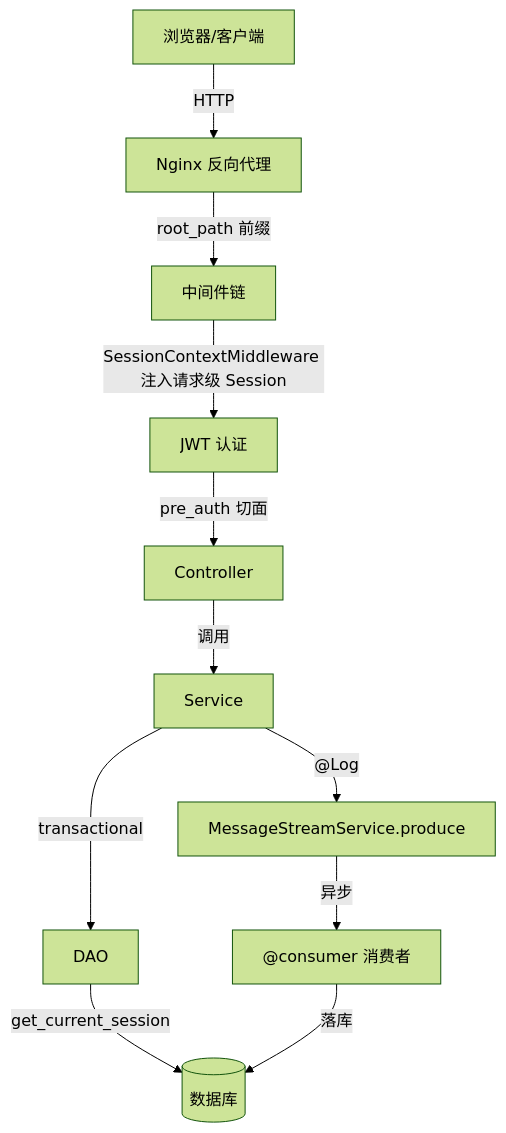
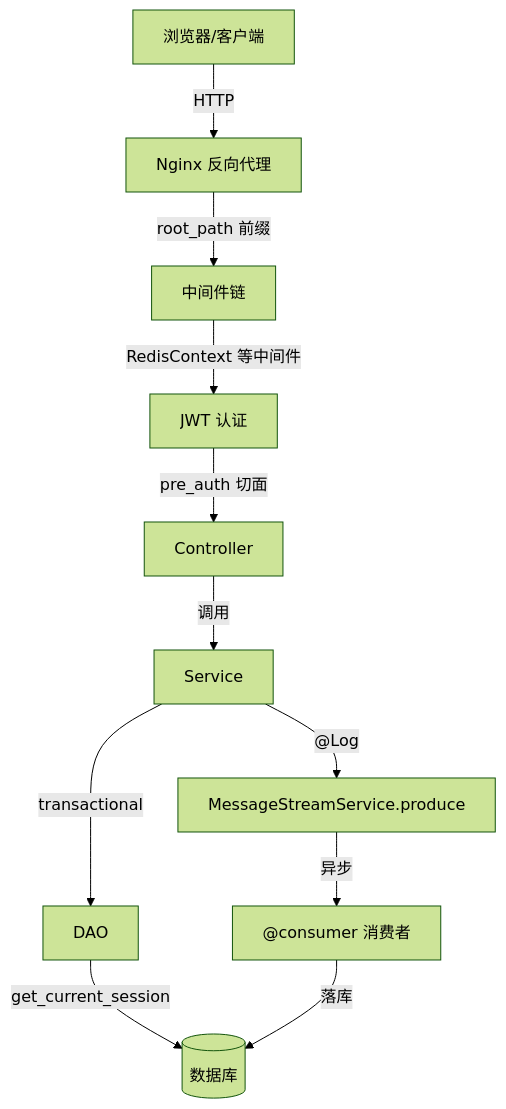
Before and after one commit to jiangwch03/knowledge: the fourth of 4 diagrams in docs/architecture/系统架构总览.md, drawn with Mermaid (forest theme). The commit also changed 75 other files, not shown here.

````diff
--- a/docs/architecture/系统架构总览.md
+++ b/docs/architecture/系统架构总览.md
@@ -98,13 +98,13 @@
 ```mermaid
 graph TB
     Client["浏览器/客户端"] -->|HTTP| NGINX["Nginx 反向代理"]
     NGINX -->|"root_path 前缀"| MW["中间件链"]
-    MW -->|"SessionContextMiddleware 注入请求级 Session"| Auth["JWT 认证"]
+    MW -->|"RedisContext 等中间件"| Auth["JWT 认证"]
     Auth -->|"pre_auth 切面"| CTRL["Controller"]
     CTRL -->|调用| SVC["Service"]
     SVC -->|"transactional"| DAO["DAO"]
     DAO -->|"get_current_session"| DB[("数据库")]
     SVC -->|"@Log"| MQ["MessageStreamService.produce"]
     MQ -->|异步| Consumer["@consumer 消费者"]
     Consumer -->|落库| DB
 ```
````
